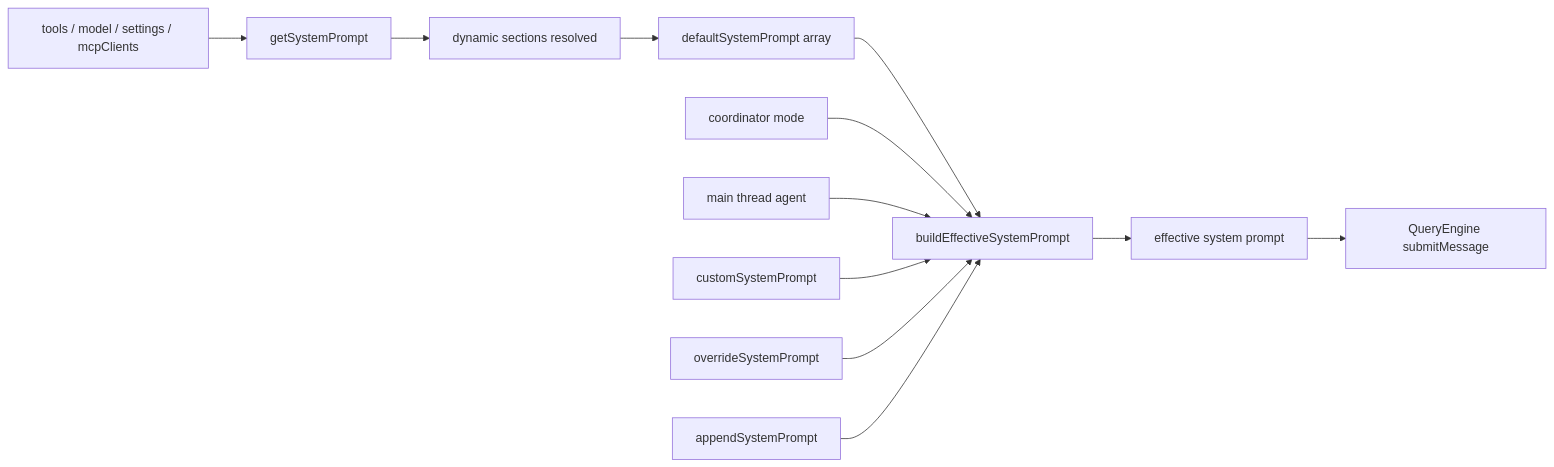
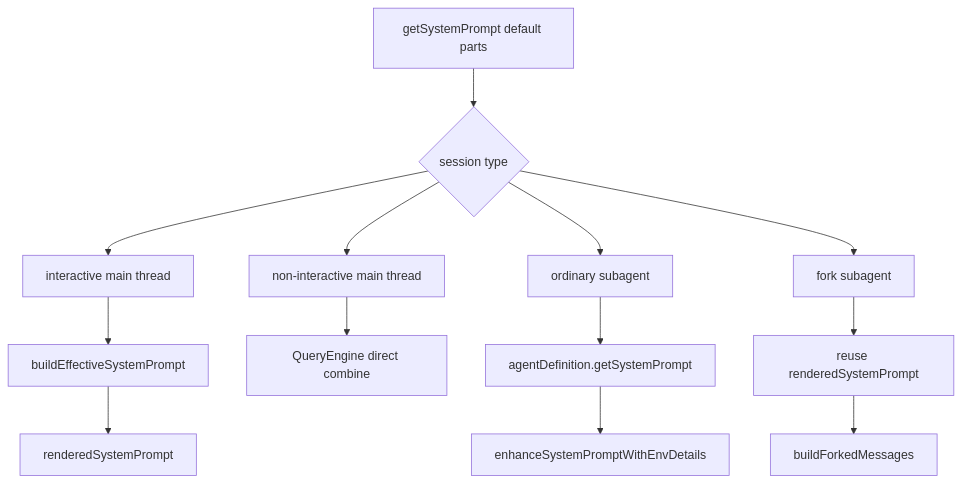
Before and after one commit to Boulea7/ClaudeCode-Source-DeepDive: the diagram in PROMPTS/system-prompt-assembly.md, drawn with Mermaid. The commit also changed other lines of this file and 5 other files, not shown here.

````diff
--- a/PROMPTS/system-prompt-assembly.md
+++ b/PROMPTS/system-prompt-assembly.md
@@ -16,14 +187,19 @@
 ```mermaid
-flowchart LR
-    A[tools / model / settings / mcpClients] --> B[getSystemPrompt]
-    B --> C[dynamic sections resolved]
-    C --> D[defaultSystemPrompt array]
-    D --> E[buildEffectiveSystemPrompt]
-    F[coordinator mode] --> E
-    G[main thread agent] --> E
-    H[customSystemPrompt] --> E
-    I[overrideSystemPrompt] --> E
-    J[appendSystemPrompt] --> E
-    E --> K[effective system prompt]
-    K --> L[QueryEngine submitMessage]
+flowchart TD
+    A[getSystemPrompt default parts] --> B{session type}
+
+    B --> C[interactive main thread]
+    C --> D[buildEffectiveSystemPrompt]
+    D --> E[renderedSystemPrompt]
+
+    B --> F[non-interactive main thread]
+    F --> G[QueryEngine direct combine]
+
+    B --> H[ordinary subagent]
+    H --> I[agentDefinition.getSystemPrompt]
+    I --> J[enhanceSystemPromptWithEnvDetails]
+
+    B --> K[fork subagent]
+    K --> L[reuse renderedSystemPrompt]
+    L --> M[buildForkedMessages]
 ```
````
